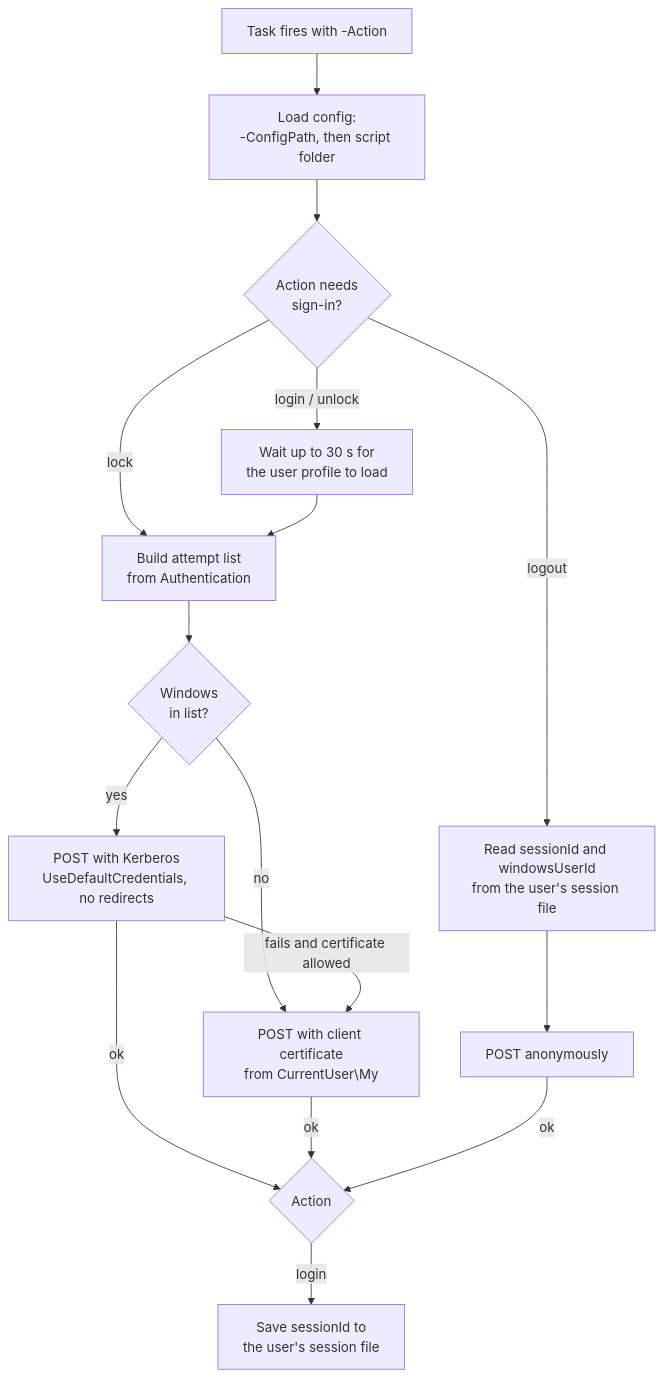
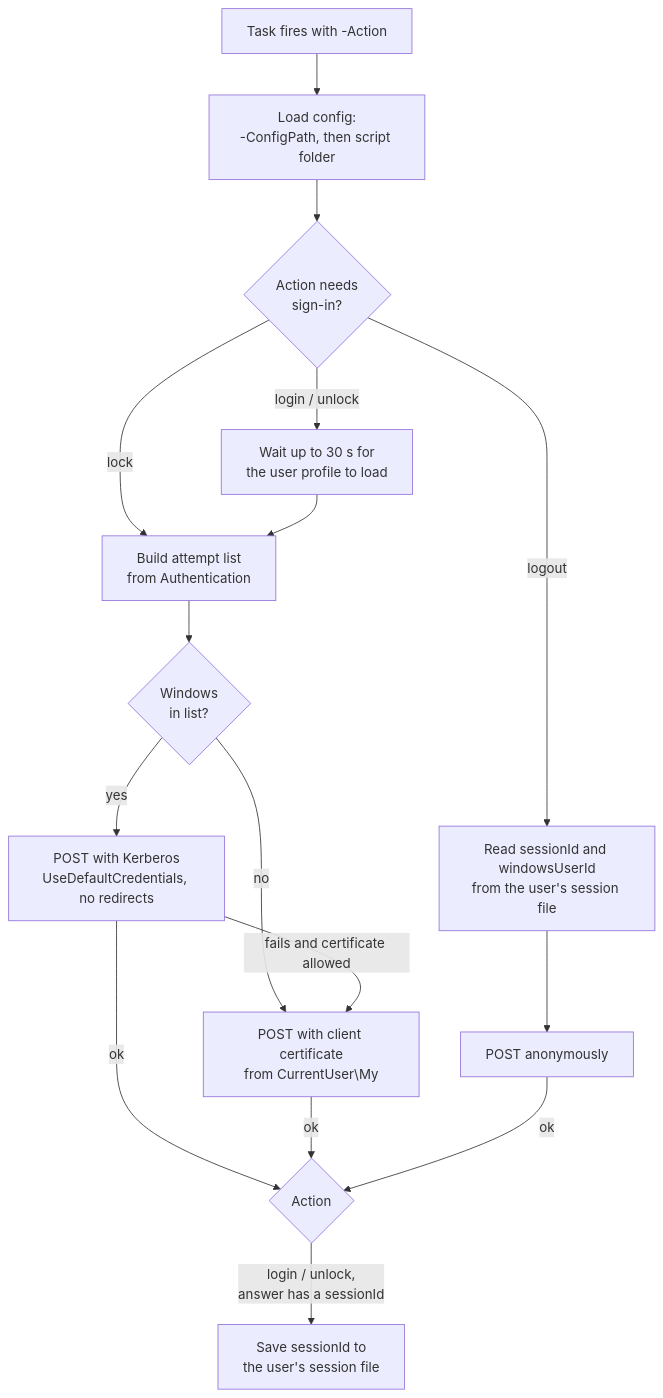
Before and after one commit to winllc/ens-apps-documentation: the diagram in docs/readyroom/windows-client.md, drawn with Mermaid. The commit also changed other lines of this file and 11 other files, not shown here.

````diff
--- a/docs/readyroom/windows-client.md
+++ b/docs/readyroom/windows-client.md
@@ -33,18 +39,18 @@
 ```mermaid
 flowchart TD
     A[Task fires with -Action] --> B[Load config:<br/>-ConfigPath, then script folder]
     B --> C{Action needs<br/>sign-in?}
     C -- "login / unlock" --> D[Wait up to 30 s for<br/>the user profile to load]
     C -- lock --> E
     D --> E[Build attempt list<br/>from Authentication]
     E --> F{Windows<br/>in list?}
     F -- yes --> G[POST with Kerberos<br/>UseDefaultCredentials, no redirects]
     F -- no --> H
     G -- fails and certificate allowed --> H[POST with client certificate<br/>from CurrentUser\My]
     C -- logout --> I[Read sessionId and windowsUserId<br/>from the user's session file]
     I --> J[POST anonymously]
     G -- ok --> K
     H -- ok --> K{Action}
     J -- ok --> K
-    K -- login --> L[Save sessionId to<br/>the user's session file]
+    K -- "login / unlock,<br/>answer has a sessionId" --> L[Save sessionId to<br/>the user's session file]
 ```
````
